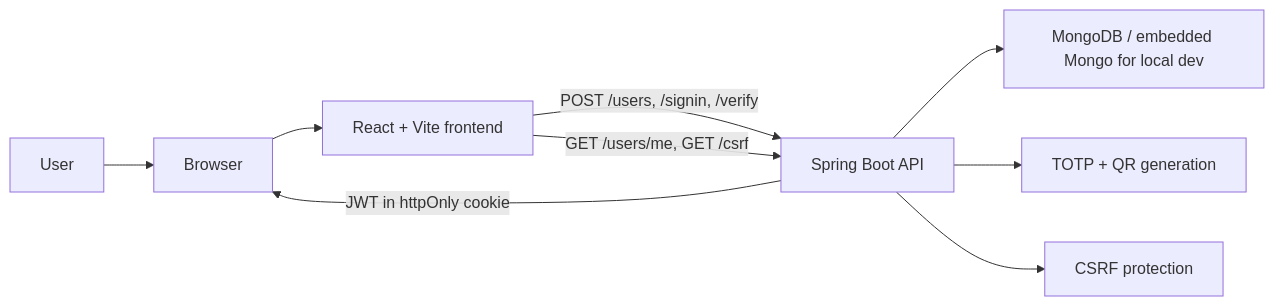
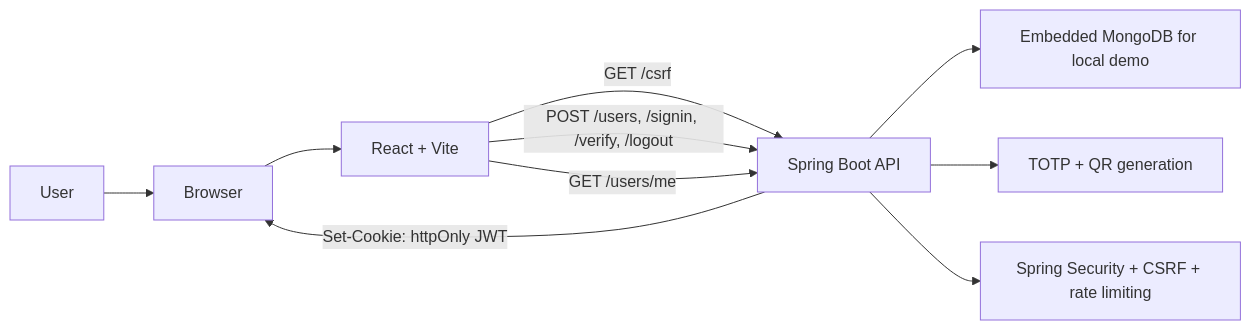
Before and after one commit to leoyakubov/2-factor-authentication-demo: the diagram in README.md, drawn with Mermaid. The commit also changed other lines of this file and 38 other files, not shown here.

````diff
--- a/README.md
+++ b/README.md
@@ -55,11 +40,12 @@
 ```mermaid
 flowchart LR
     User["User"] --> Browser["Browser"]
-    Browser --> Frontend["React + Vite frontend"]
-    Frontend -->|POST /users, /signin, /verify| Backend["Spring Boot API"]
-    Frontend -->|GET /users/me, GET /csrf| Backend
-    Backend -->|JWT in httpOnly cookie| Browser
-    Backend --> Mongo["MongoDB / embedded Mongo for local dev"]
+    Browser --> Frontend["React + Vite"]
+    Frontend -->|GET /csrf| Backend["Spring Boot API"]
+    Frontend -->|POST /users, /signin, /verify, /logout| Backend
+    Frontend -->|GET /users/me| Backend
+    Backend -->|Set-Cookie: httpOnly JWT| Browser
+    Backend --> Mongo["Embedded MongoDB for local demo"]
     Backend --> TOTP["TOTP + QR generation"]
-    Backend --> CSRF["CSRF protection"]
+    Backend --> Security["Spring Security + CSRF + rate limiting"]
 ```
````
